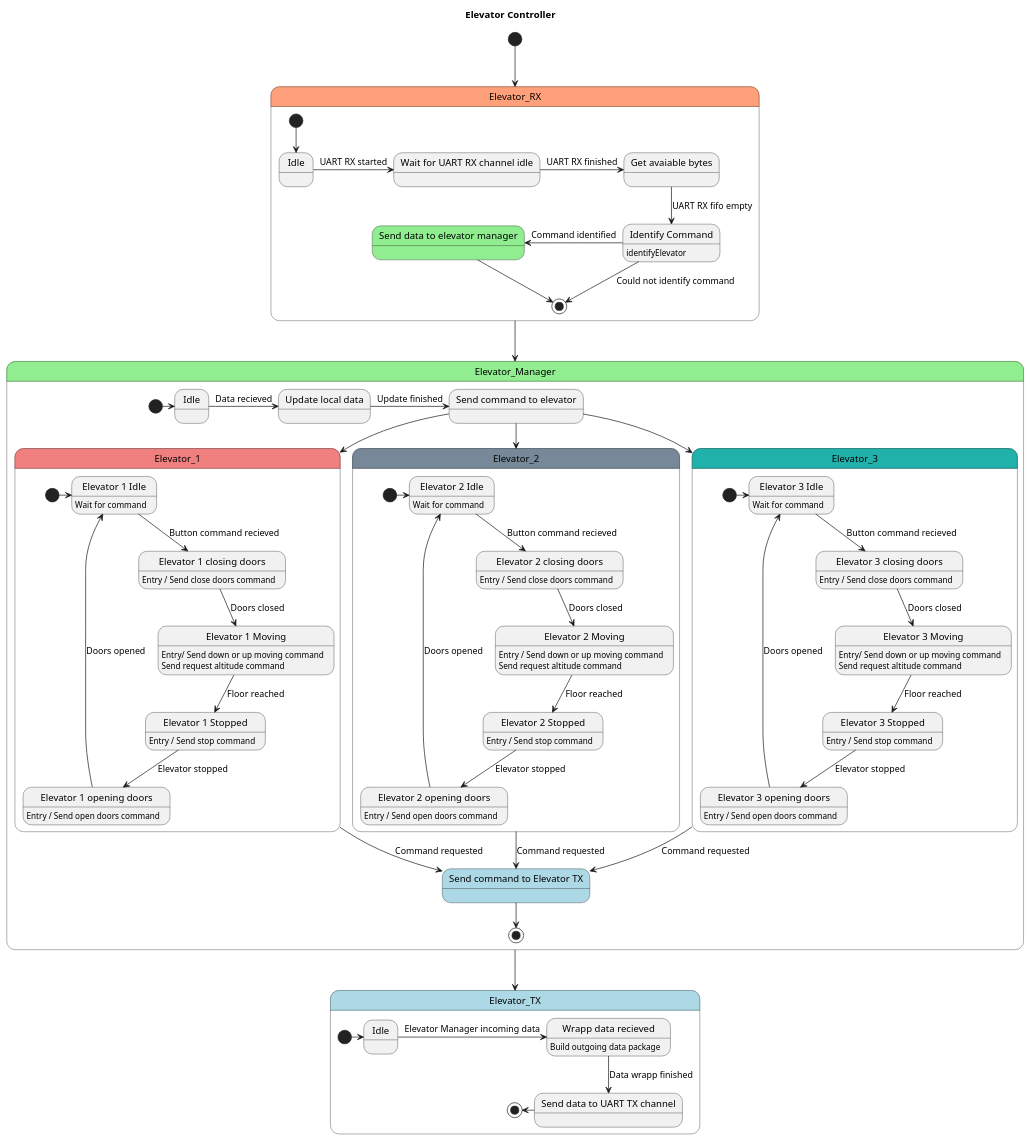
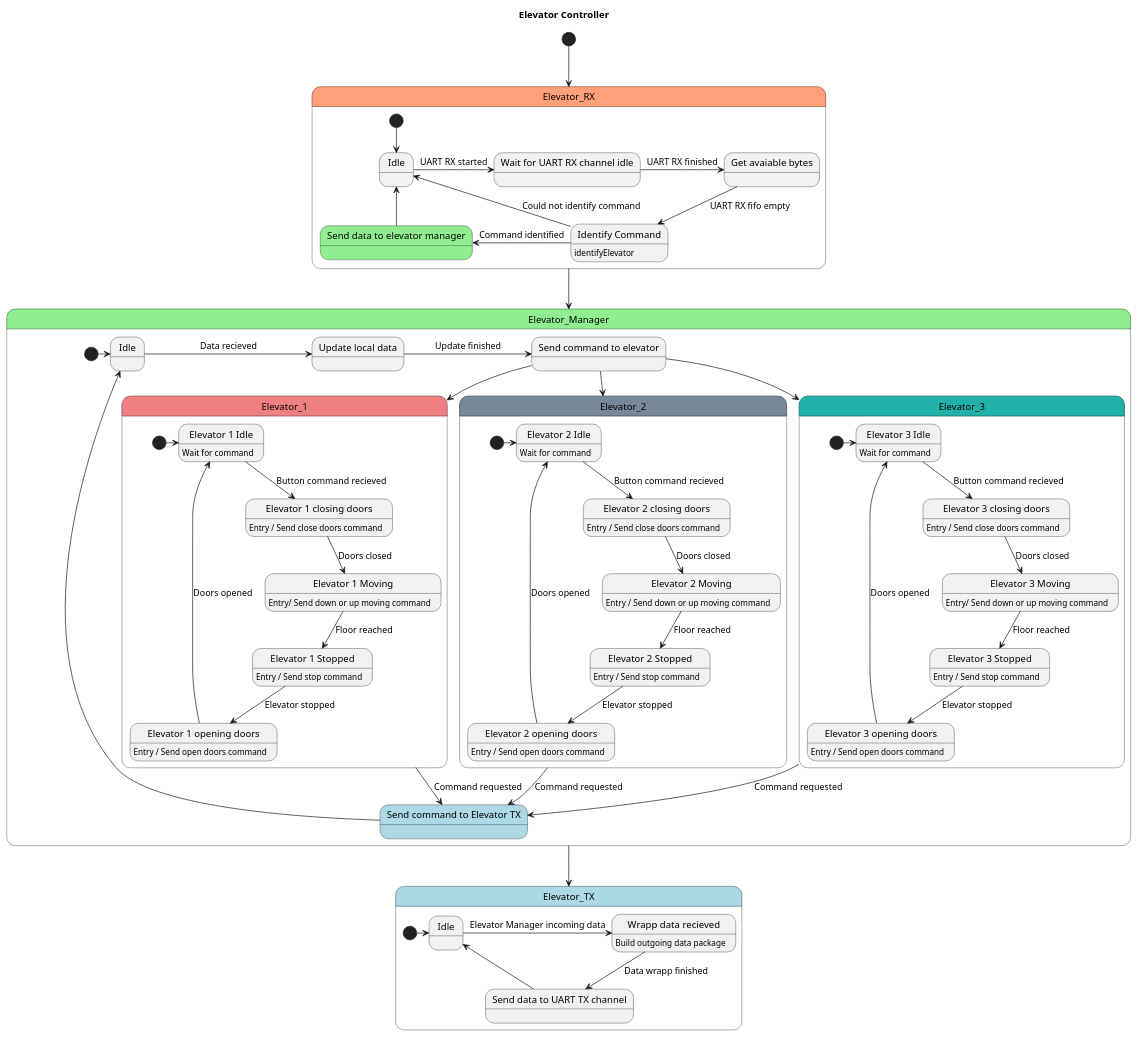
Before and after one commit to VictorHPN/ElevatorController: the diagram in Documents/ElevatorStateMachine.plantuml, drawn with PlantUML. The commit also changed 30 other files, not shown here.

```diff
--- a/Documents/ElevatorStateMachine.plantuml
+++ b/Documents/ElevatorStateMachine.plantuml
@@ -1,108 +1,105 @@
 @startuml
 
 title Elevator Controller
 
 ' state "Elevator_R #red" as Elevator_RX
 
 state Elevator_RX #LightSalmon {
 
     state "Idle" as rxIdle
     state "Wait for UART RX channel idle" as waitRXIdle
     state "Get avaiable bytes" as getBytes
     state "Identify Command" as identifyCMD : identifyElevator
     state "Send data to elevator manager" as sendRXData #LightGreen
     [*] -down-> rxIdle
     rxIdle -right-> waitRXIdle : UART RX started
     waitRXIdle -right-> getBytes : UART RX finished
     getBytes -down-> identifyCMD : UART RX fifo empty
-    identifyCMD -down-> [*] : Could not identify command
+    identifyCMD -left-> rxIdle : Could not identify command
     identifyCMD -left-> sendRXData : Command identified
-    sendRXData -down-> [*]
+    sendRXData -up-> rxIdle
 }
 
 state Elevator_Manager #LightGreen {
 
     state "Idle" as mgrIdle
     state "Send command to Elevator TX" as sendToTX #LightBlue
     state "Update local data" as updateData
     state "Send command to elevator" as sendToElevator
 
     state Elevator_1 #LightCoral {
         state "Elevator 1 Idle" as e1Idle : Wait for command
         state "Elevator 1 opening doors" as e1OpenDoors : Entry / Send open doors command
         state "Elevator 1 closing doors" as e1CloseDoors : Entry / Send close doors command
         state "Elevator 1 Stopped" as e1Stopped : Entry / Send stop command
-        state "Elevator 1 Moving" as e1Moving : Entry/ Send down or up moving command 
-        e1Moving : Send request altitude command
+        state "Elevator 1 Moving" as e1Moving : Entry/ Send down or up moving command
 
         [*]          -right-> e1Idle
         e1Idle       -d-> e1CloseDoors : Button command recieved
         e1CloseDoors -d-> e1Moving : Doors closed
         e1Moving     -d-> e1Stopped : Floor reached
         e1Stopped    -d-> e1OpenDoors : Elevator stopped
         e1OpenDoors  -u-> e1Idle : Doors opened
     }
 
     state Elevator_2 #LightSlateGray {
         state "Elevator 2 Idle" as e2Idle : Wait for command
         state "Elevator 2 opening doors" as e2OpenDoors :  Entry / Send open doors command
         state "Elevator 2 closing doors" as e2CloseDoors : Entry / Send close doors command
         state "Elevator 2 Stopped" as e2Stopped : Entry / Send stop command
-        state "Elevator 2 Moving" as e2Moving : Entry / Send down or up moving command 
-        e2Moving : Send request altitude command
+        state "Elevator 2 Moving" as e2Moving : Entry / Send down or up moving command
 
         [*]          -right-> e2Idle
         e2Idle       -d-> e2CloseDoors : Button command recieved
         e2CloseDoors -d-> e2Moving : Doors closed
         e2Moving     -d-> e2Stopped : Floor reached
         e2Stopped    -d-> e2OpenDoors : Elevator stopped
         e2OpenDoors  -u-> e2Idle : Doors opened
     }
 
     state Elevator_3 #LightSeaGreen {
         state "Elevator 3 Idle" as e3Idle : Wait for command
         state "Elevator 3 opening doors" as e3OpenDoors : Entry / Send open doors command
         state "Elevator 3 closing doors" as e3CloseDoors : Entry / Send close doors command
         state "Elevator 3 Stopped" as e3Stopped : Entry / Send stop command
-        state "Elevator 3 Moving" as e3Moving : Entry/ Send down or up moving command 
-        e3Moving : Send request altitude command
+        state "Elevator 3 Moving" as e3Moving : Entry/ Send down or up moving command
 
         [*]          -right-> e3Idle
         e3Idle       -d-> e3CloseDoors : Button command recieved
         e3CloseDoors -d-> e3Moving : Doors closed
         e3Moving     -d-> e3Stopped : Floor reached
         e3Stopped    -d-> e3OpenDoors : Elevator stopped
         e3OpenDoors  -u-> e3Idle : Doors opened
     }
 
     [*] -right-> mgrIdle
     mgrIdle -right-> updateData : Data recieved
     updateData -right-> sendToElevator : Update finished
 
     sendToElevator --> Elevator_1
     sendToElevator --> Elevator_2
     sendToElevator --> Elevator_3
 
     Elevator_1 -down-> sendToTX : Command requested
     Elevator_2 -down-> sendToTX : Command requested
     Elevator_3 -down-> sendToTX : Command requested
-    sendToTX -down-> [*]
+    sendToTX -up-> mgrIdle
 }
 
 state Elevator_TX #LightBlue {
 
     state "Idle" as txIdle
     state "Wrapp data recieved" as wrappData : Build outgoing data package
     state "Send data to UART TX channel" as sendTXData
 
     [*] -right-> txIdle
     txIdle -right-> wrappData : Elevator Manager incoming data
     wrappData -down-> sendTXData : Data wrapp finished
-    sendTXData -left-> [*]
+    sendTXData -left-> txIdle
 }
 
 [*] -down-> Elevator_RX
 Elevator_RX -d-> Elevator_Manager
 Elevator_Manager -d-> Elevator_TX
 
 @enduml
```
